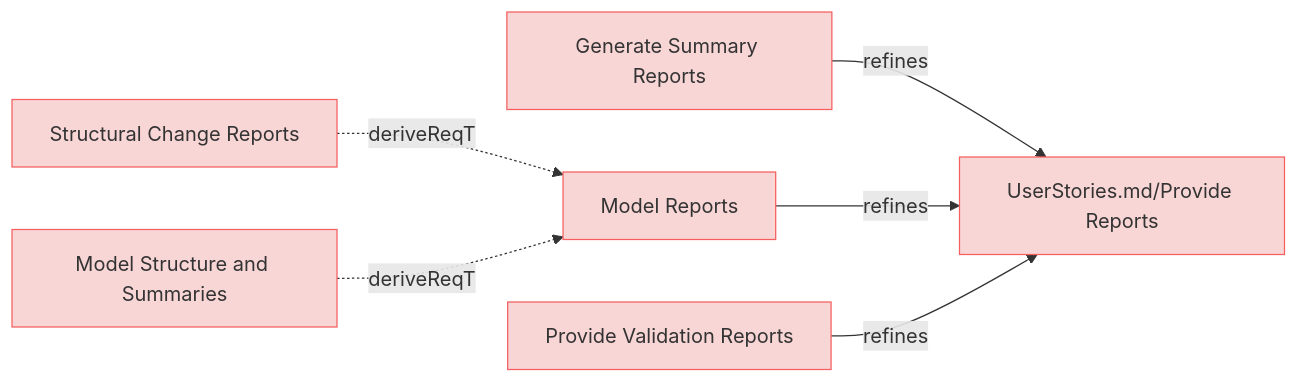
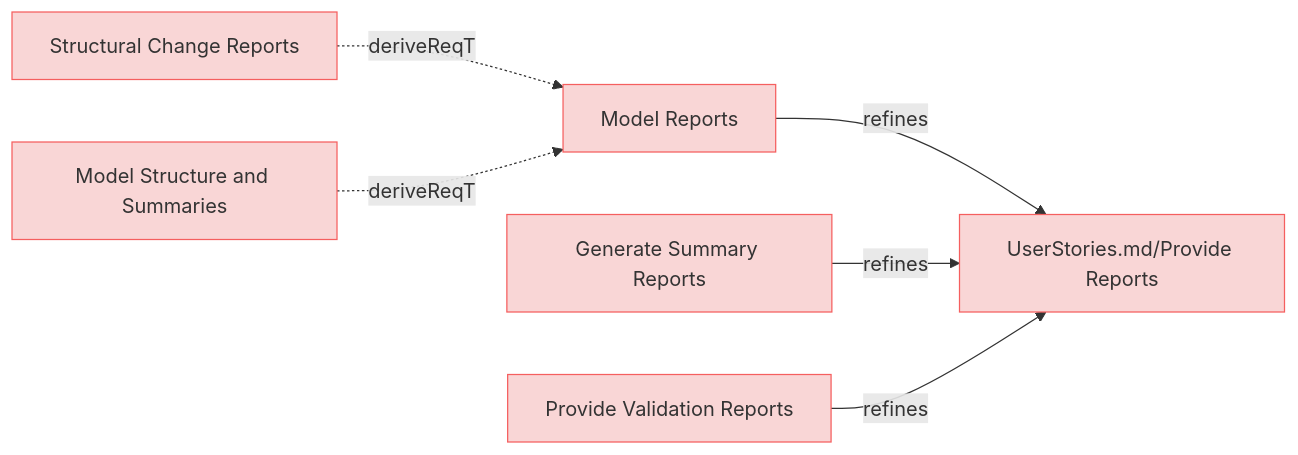
One commit to reqvire-org/reqvire changed the fifth of 9 diagrams in specifications/UserRequirements.md. Above: the diagram before and after it, drawn with Mermaid. The commit also changed other lines of this file and 29 other files, not shown here.

````diff
--- a/specifications/UserRequirements.md
+++ b/specifications/UserRequirements.md
@@ -322,32 +322,32 @@
 ```mermaid
 graph LR;
   %% Graph styling
   classDef requirement fill:#f9d6d6,stroke:#f55f5f,stroke-width:1px;
   classDef verification fill:#d6f9d6,stroke:#5fd75f,stroke-width:1px;
   classDef externalLink fill:#d0e0ff,stroke:#3080ff,stroke-width:1px;
   classDef default fill:#f5f5f5,stroke:#333333,stroke-width:1px;
 
+  70701096d332c0b2["Model Reports"];
+  class 70701096d332c0b2 requirement;
+  click 70701096d332c0b2 "UserRequirements.md#model-reports";
+  91a0adb0b4d959c4["UserStories.md/Provide Reports"];
+  class 91a0adb0b4d959c4 requirement;
+  click 91a0adb0b4d959c4 "UserStories.md#provide-reports";
+  70701096d332c0b2 -->|refines| 91a0adb0b4d959c4;
+  b5c9876f83e7d0ce["Generate Summary Reports"];
+  class b5c9876f83e7d0ce requirement;
+  click b5c9876f83e7d0ce "UserRequirements.md#generate-summary-reports";
+  b5c9876f83e7d0ce -->|refines| 91a0adb0b4d959c4;
   1908501a80db5c46["Structural Change Reports"];
   class 1908501a80db5c46 requirement;
   click 1908501a80db5c46 "UserRequirements.md#structural-change-reports";
-  70701096d332c0b2["Model Reports"];
-  class 70701096d332c0b2 requirement;
-  click 70701096d332c0b2 "UserRequirements.md#model-reports";
   1908501a80db5c46 -.->|deriveReqT| 70701096d332c0b2;
+  ed31b6bed1cde2f8["Provide Validation Reports"];
+  class ed31b6bed1cde2f8 requirement;
+  click ed31b6bed1cde2f8 "UserRequirements.md#provide-validation-reports";
+  ed31b6bed1cde2f8 -->|refines| 91a0adb0b4d959c4;
   ad6f7a2d41d80a38["Model Structure and Summaries"];
   class ad6f7a2d41d80a38 requirement;
   click ad6f7a2d41d80a38 "UserRequirements.md#model-structure-and-summaries";
   ad6f7a2d41d80a38 -.->|deriveReqT| 70701096d332c0b2;
-  b5c9876f83e7d0ce["Generate Summary Reports"];
-  class b5c9876f83e7d0ce requirement;
-  click b5c9876f83e7d0ce "UserRequirements.md#generate-summary-reports";
-  91a0adb0b4d959c4["UserStories.md/Provide Reports"];
-  class 91a0adb0b4d959c4 requirement;
-  click 91a0adb0b4d959c4 "UserStories.md#provide-reports";
-  b5c9876f83e7d0ce -->|refines| 91a0adb0b4d959c4;
-  70701096d332c0b2 -->|refines| 91a0adb0b4d959c4;
-  ed31b6bed1cde2f8["Provide Validation Reports"];
-  class ed31b6bed1cde2f8 requirement;
-  click ed31b6bed1cde2f8 "UserRequirements.md#provide-validation-reports";
-  ed31b6bed1cde2f8 -->|refines| 91a0adb0b4d959c4;
 ```
````
